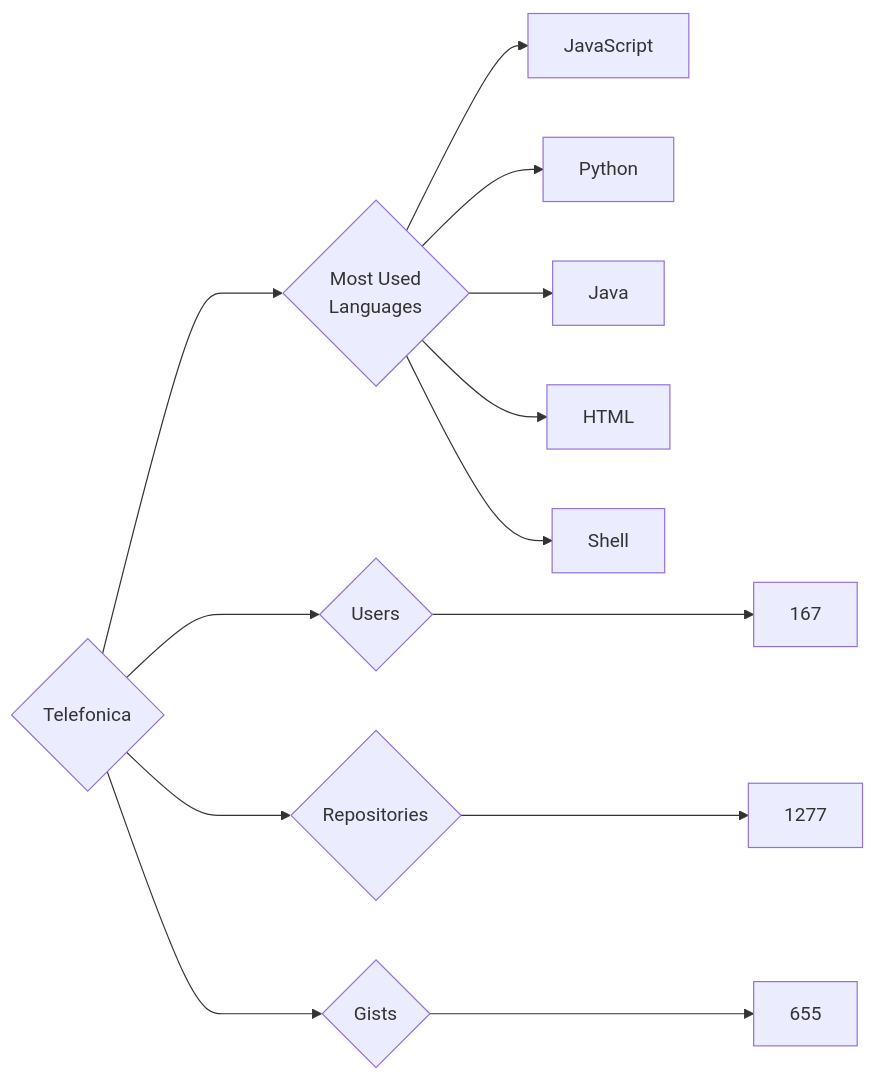
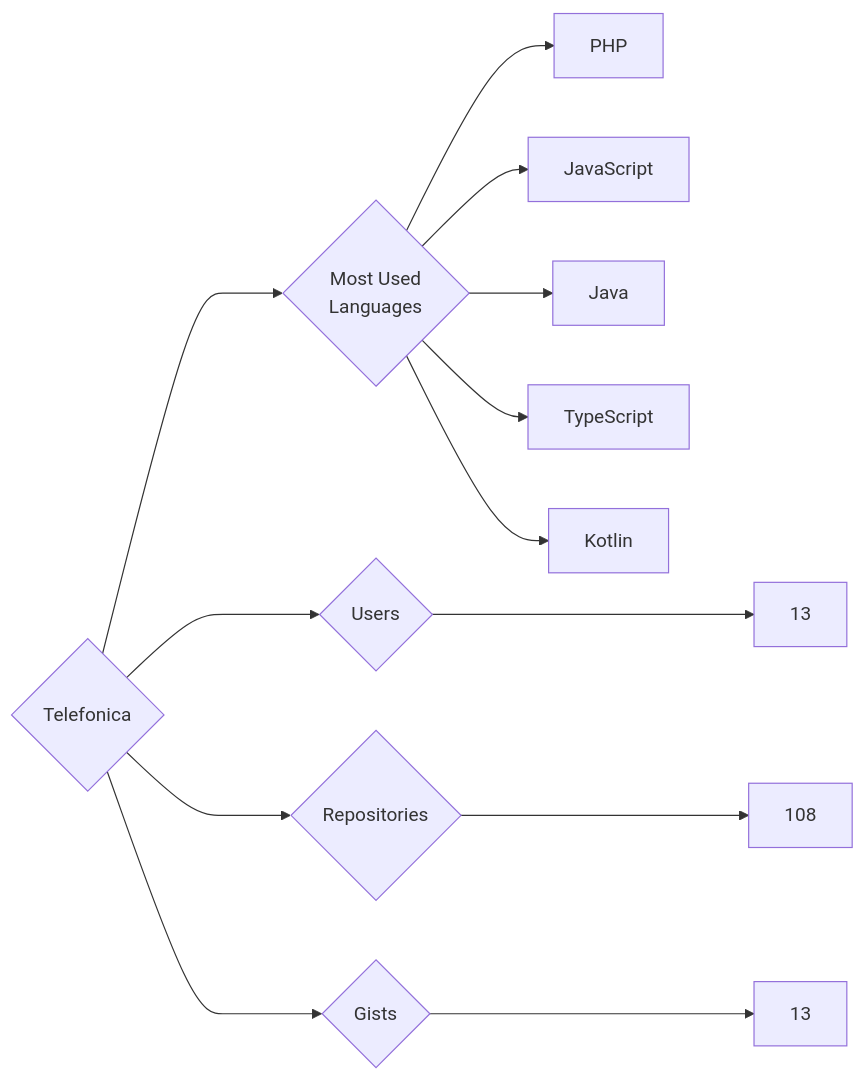
One commit to trickest/insiders changed the diagram in targets/Telefonica/README.md. Above: the diagram before and after it, drawn with Mermaid. The commit also changed 748 other files, not shown here.

````diff
--- a/targets/Telefonica/README.md
+++ b/targets/Telefonica/README.md
@@ -3,13 +3,13 @@
 ```mermaid
 graph LR
 COMPANY_NAME{Telefonica}
-COMPANY_NAME ---> U{Users} ---> UN[167]
-COMPANY_NAME ---> R{Repositories} ---> RN[1277]
-COMPANY_NAME ---> G{Gists} ---> GN[655]
+COMPANY_NAME ---> U{Users} ---> UN[13]
+COMPANY_NAME ---> R{Repositories} ---> RN[108]
+COMPANY_NAME ---> G{Gists} ---> GN[13]
 COMPANY_NAME ---> ML{Most Used<br>Languages}
+ML --> PHP[PHP]
 ML --> JavaScript[JavaScript]
-ML --> Python[Python]
 ML --> Java[Java]
-ML --> HTML[HTML]
-ML --> Shell[Shell]
+ML --> TypeScript[TypeScript]
+ML --> Kotlin[Kotlin]
 ```
````
